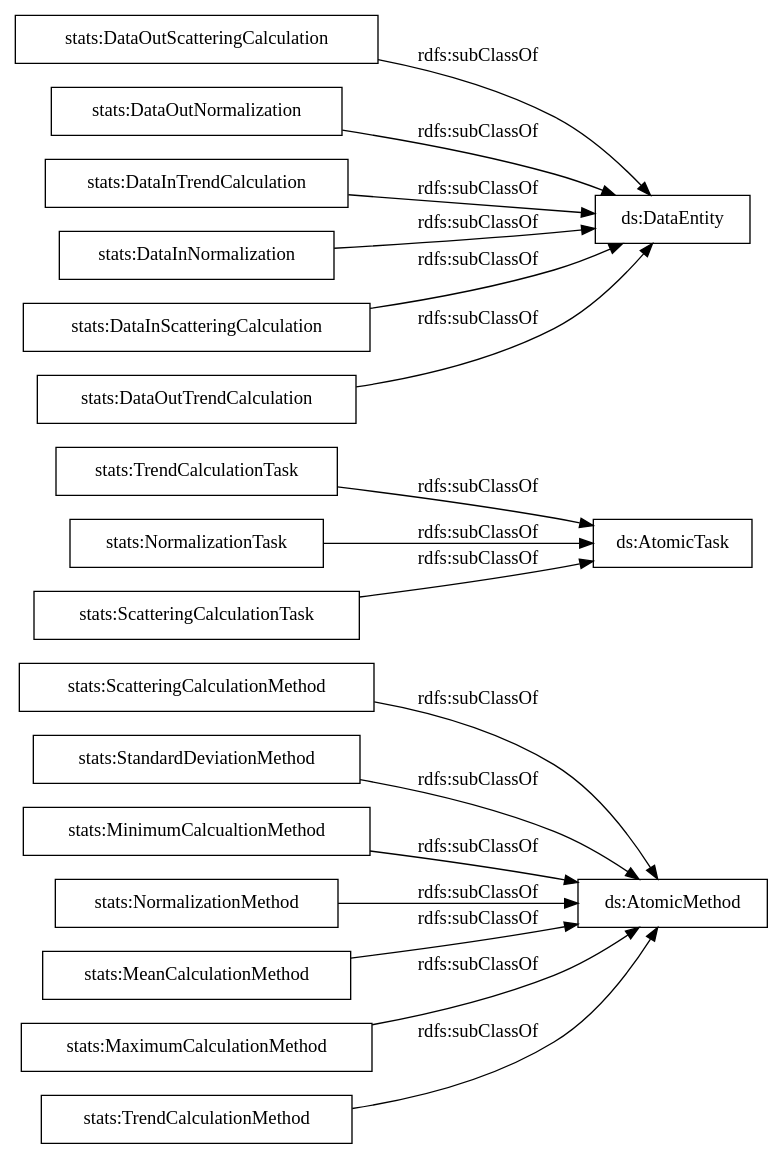
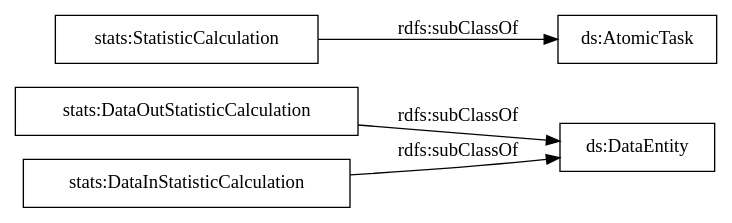
The diagram in OnToology/stats_exeKGOntology.ttl/diagrams/ar2dtool-taxonomy/stats_exeKGOntology.ttl.png.dot (nsai-uio/ExeKGOntology), drawn with Graphviz before and after one commit. The commit also changed 63 other files, not shown here.

```diff
--- a/OnToology/stats_exeKGOntology.ttl/diagrams/ar2dtool-taxonomy/stats_exeKGOntology.ttl.png.dot
+++ b/OnToology/stats_exeKGOntology.ttl/diagrams/ar2dtool-taxonomy/stats_exeKGOntology.ttl.png.dot
@@ -1,22 +1,9 @@
 digraph ar2dtool_diagram { 
 rankdir=LR;
 size="1000"
-node [shape = rectangle, color="black"]; "stats:ScatteringCalculationMethod" "stats:StandardDeviationMethod" "stats:TrendCalculationTask" "stats:DataOutScatteringCalculation" "stats:NormalizationTask" "stats:MinimumCalcualtionMethod" "stats:DataOutNormalization" "stats:DataInTrendCalculation" "stats:DataInNormalization" "stats:DataInScatteringCalculation" "stats:NormalizationMethod" "stats:ScatteringCalculationTask" "stats:MeanCalculationMethod" "stats:MaximumCalculationMethod" "stats:TrendCalculationMethod" "stats:DataOutTrendCalculation" ; /*classes style*/
-	"stats:DataOutNormalization" -> "ds:DataEntity" [ label = "rdfs:subClassOf" ];
-	"stats:NormalizationMethod" -> "ds:AtomicMethod" [ label = "rdfs:subClassOf" ];
-	"stats:TrendCalculationMethod" -> "ds:AtomicMethod" [ label = "rdfs:subClassOf" ];
-	"stats:MeanCalculationMethod" -> "ds:AtomicMethod" [ label = "rdfs:subClassOf" ];
-	"stats:TrendCalculationTask" -> "ds:AtomicTask" [ label = "rdfs:subClassOf" ];
-	"stats:DataInScatteringCalculation" -> "ds:DataEntity" [ label = "rdfs:subClassOf" ];
-	"stats:DataInNormalization" -> "ds:DataEntity" [ label = "rdfs:subClassOf" ];
-	"stats:NormalizationTask" -> "ds:AtomicTask" [ label = "rdfs:subClassOf" ];
-	"stats:DataInTrendCalculation" -> "ds:DataEntity" [ label = "rdfs:subClassOf" ];
-	"stats:ScatteringCalculationMethod" -> "ds:AtomicMethod" [ label = "rdfs:subClassOf" ];
-	"stats:DataOutScatteringCalculation" -> "ds:DataEntity" [ label = "rdfs:subClassOf" ];
-	"stats:StandardDeviationMethod" -> "ds:AtomicMethod" [ label = "rdfs:subClassOf" ];
-	"stats:MaximumCalculationMethod" -> "ds:AtomicMethod" [ label = "rdfs:subClassOf" ];
-	"stats:DataOutTrendCalculation" -> "ds:DataEntity" [ label = "rdfs:subClassOf" ];
-	"stats:ScatteringCalculationTask" -> "ds:AtomicTask" [ label = "rdfs:subClassOf" ];
-	"stats:MinimumCalcualtionMethod" -> "ds:AtomicMethod" [ label = "rdfs:subClassOf" ];
+node [shape = rectangle, color="black"]; "stats:DataOutStatisticCalculation" "stats:DataInStatisticCalculation" "stats:StatisticCalculation" ; /*classes style*/
+	"stats:DataInStatisticCalculation" -> "ds:DataEntity" [ label = "rdfs:subClassOf" ];
+	"stats:StatisticCalculation" -> "ds:AtomicTask" [ label = "rdfs:subClassOf" ];
+	"stats:DataOutStatisticCalculation" -> "ds:DataEntity" [ label = "rdfs:subClassOf" ];
 
 }
```
